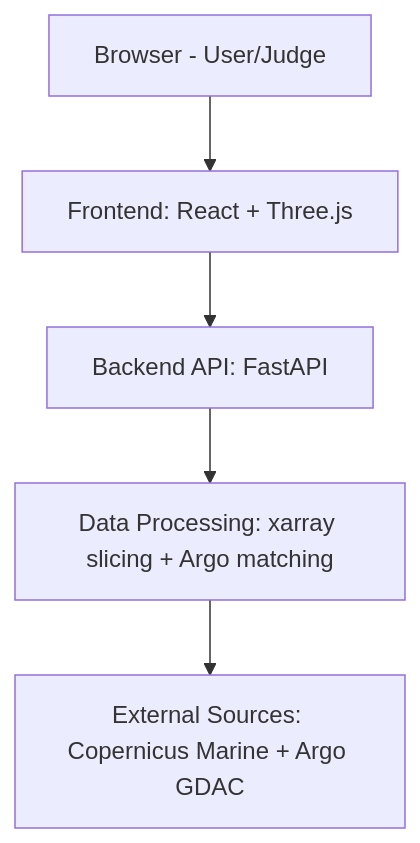
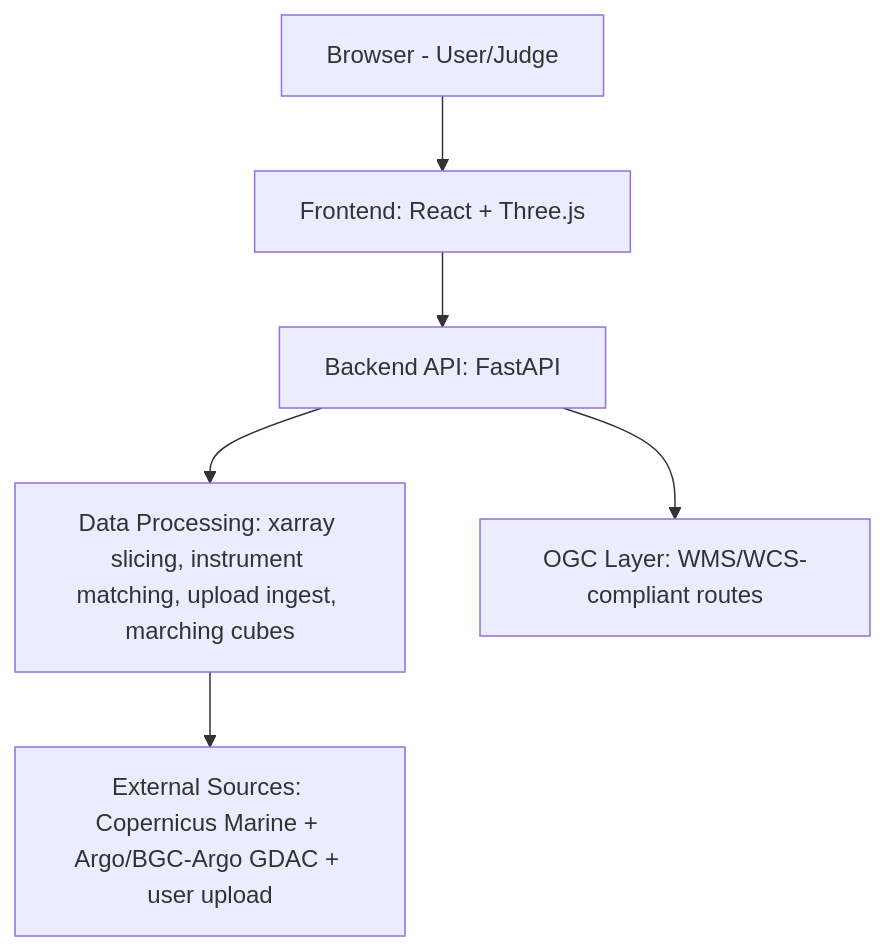
One commit to Tanishktewetia/incois-ocean-3d-viz changed the first of 2 diagrams in ARCHITECTURE.md. Above: the diagram before and after it, drawn with Mermaid. The commit also changed other lines of this file, not shown here.

Commit message:
Update project architecture and phase plan

````diff
--- a/ARCHITECTURE.md
+++ b/ARCHITECTURE.md
@@ -65,7 +101,8 @@
 ```mermaid
 graph TD
     A[Browser - User/Judge] --> B[Frontend: React + Three.js]
     B --> C[Backend API: FastAPI]
-    C --> D[Data Processing: xarray slicing + Argo matching]
-    D --> E[External Sources: Copernicus Marine + Argo GDAC]
+    C --> D[Data Processing: xarray slicing, instrument matching, upload ingest, marching cubes]
+    D --> E[External Sources: Copernicus Marine + Argo/BGC-Argo GDAC + user upload]
+    C --> F[OGC Layer: WMS/WCS-compliant routes]
 ```
````
